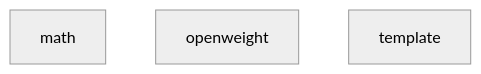
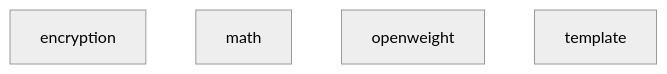
Before and after one commit to gradus-fit/gradus: the diagram in docs/core.mmd, drawn with Mermaid (neutral theme). The commit also changed 12 other files, not shown here.

Commit message:
add encryption module

```diff
--- a/docs/core.mmd
+++ b/docs/core.mmd
@@ -1,5 +1,7 @@
 flowchart TB
+    %% encryption has no Core-module dependencies.
+    encryption["encryption"]
     math["math"]
     %% openweight has no Core-module dependencies.
     openweight["openweight"]
     template["template"]
```
